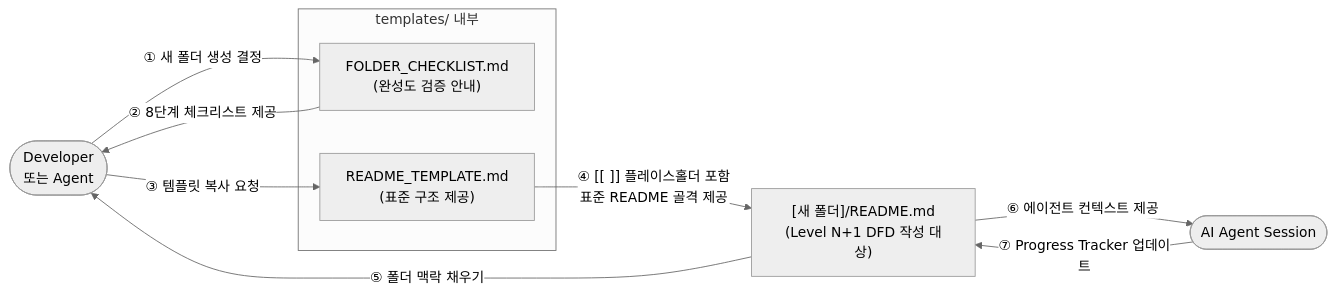
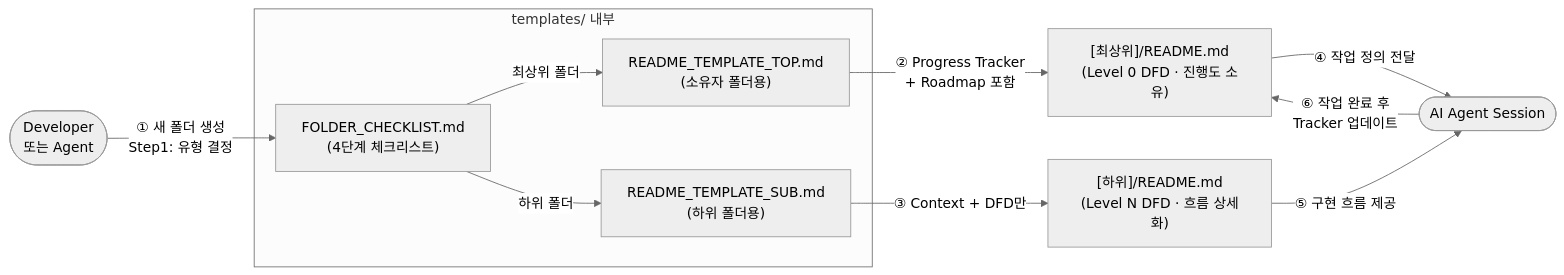
Before and after one commit to kimtaesung98/Project-Blueprint-Framework: the diagram in templates/README.md, drawn with Mermaid (neutral theme). The commit also changed other lines of this file and 4 other files, not shown here.

````diff
--- a/templates/README.md
+++ b/templates/README.md
@@ -13,17 +13,19 @@
 ```mermaid
 flowchart LR
     Developer([Developer\n또는 Agent])
 
     subgraph Templates ["templates/ 내부"]
-        CHKL["FOLDER_CHECKLIST.md\n(완성도 검증 안내)"]
-        TMPL["README_TEMPLATE.md\n(표준 구조 제공)"]
+        CHKL["FOLDER_CHECKLIST.md\n(4단계 체크리스트)"]
+        TMPL_TOP["README_TEMPLATE_TOP.md\n(소유자 폴더용)"]
+        TMPL_SUB["README_TEMPLATE_SUB.md\n(하위 폴더용)"]
     end
 
-    Developer -->|"① 새 폴더 생성 결정"| CHKL
-    CHKL -->|"② 8단계 체크리스트 제공"| Developer
-    Developer -->|"③ 템플릿 복사 요청"| TMPL
-    TMPL -->|"④ [[ ]] 플레이스홀더 포함\n표준 README 골격 제공"| NewREADME["[새 폴더]/README.md\n(Level N+1 DFD 작성 대상)"]
-    NewREADME -->|"⑤ 폴더 맥락 채우기"| Developer
-    NewREADME -->|"⑥ 에이전트 컨텍스트 제공"| Agent([AI Agent Session])
-    Agent -->|"⑦ Progress Tracker 업데이트"| NewREADME
+    Developer -->|"① 새 폴더 생성\nStep1: 유형 결정"| CHKL
+    CHKL -->|"최상위 폴더"| TMPL_TOP
+    CHKL -->|"하위 폴더"| TMPL_SUB
+    TMPL_TOP -->|"② Progress Tracker\n+ Roadmap 포함"| TopREADME["[최상위]/README.md\n(Level 0 DFD · 진행도 소유)"]
+    TMPL_SUB -->|"③ Context + DFD만"| SubREADME["[하위]/README.md\n(Level N DFD · 흐름 상세화)"]
+    TopREADME -->|"④ 작업 정의 전달"| Agent([AI Agent Session])
+    SubREADME -->|"⑤ 구현 흐름 제공"| Agent
+    Agent -->|"⑥ 작업 완료 후\nTracker 업데이트"| TopREADME
 ```
````
